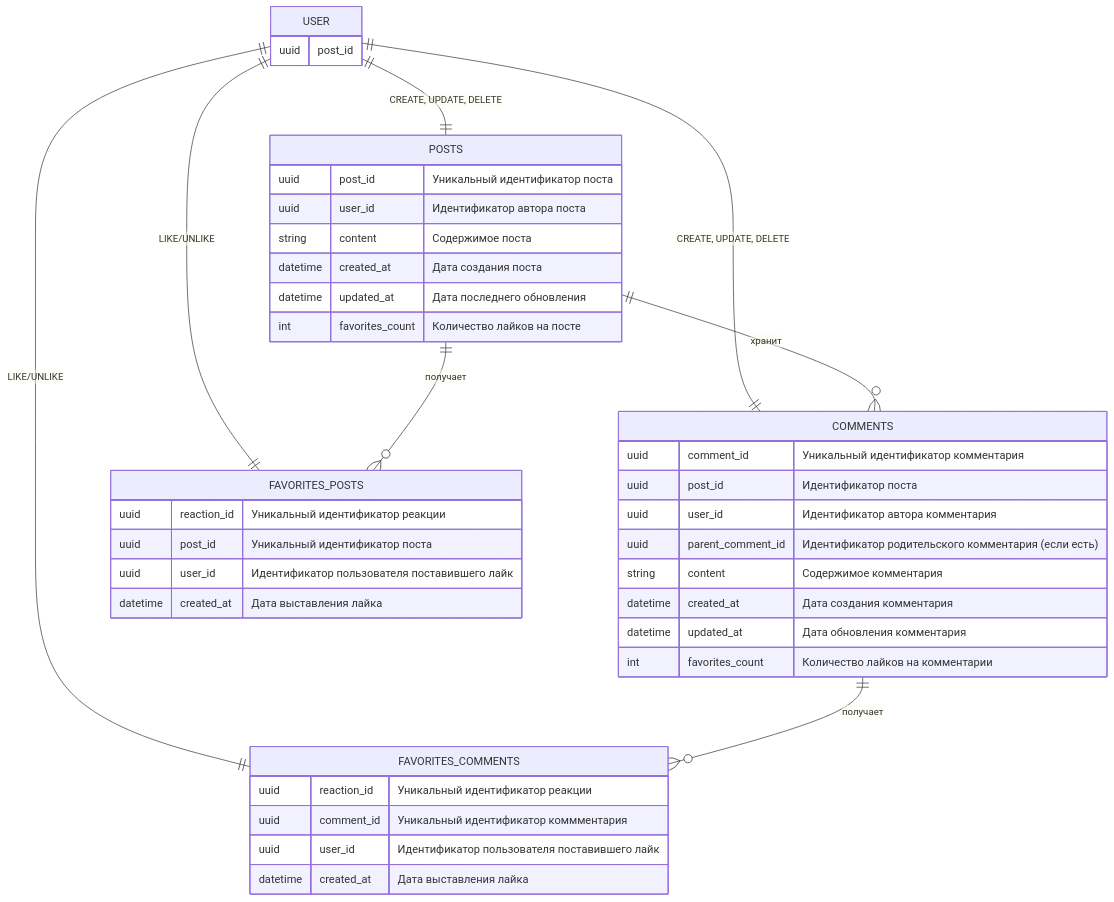
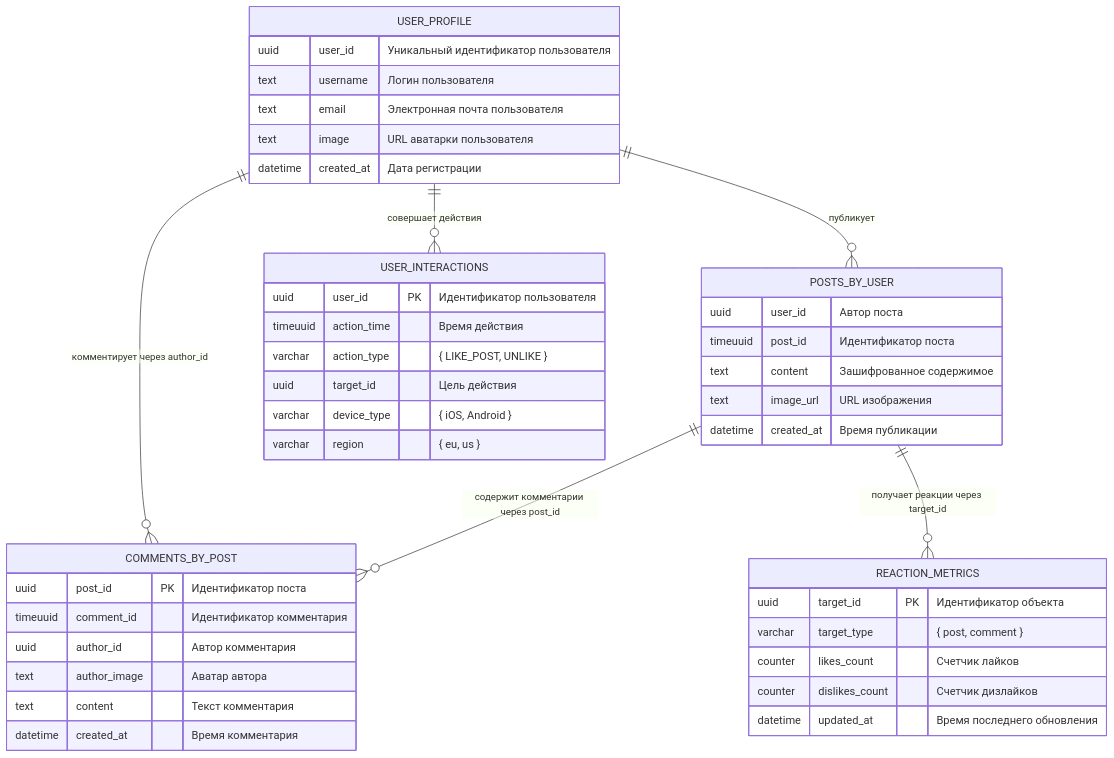
The diagram in docs/diagrams/er/post_service.mermaid (zahartd/social-network), drawn with Mermaid before and after one commit. The commit also changed 2 other files, not shown here.

Commit message:
Update ER diagrams

```diff
--- a/docs/diagrams/er/post_service.mermaid
+++ b/docs/diagrams/er/post_service.mermaid
@@ -1,42 +1,48 @@
 erDiagram
-    USER {
-        uuid post_id
-    }
-    POSTS {
-        uuid post_id "Уникальный идентификатор поста"
-        uuid user_id "Идентификатор автора поста"
-        string content "Содержимое поста"
-        datetime created_at "Дата создания поста"
-        datetime updated_at "Дата последнего обновления"
-        int favorites_count "Количество лайков на посте"
-    }
-    COMMENTS {
-        uuid comment_id "Уникальный идентификатор комментария"
-        uuid post_id "Идентификатор поста"
-        uuid user_id "Идентификатор автора комментария"
-        uuid parent_comment_id "Идентификатор родительского комментария (если есть)"
-        string content "Содержимое комментария"
-        datetime created_at "Дата создания комментария"
-        datetime updated_at "Дата обновления комментария"
-        int favorites_count "Количество лайков на комментарии"
-    }
-    FAVORITES_POSTS {
-        uuid reaction_id "Уникальный идентификатор реакции"
-        uuid post_id "Уникальный идентификатор поста"
-        uuid user_id "Идентификатор пользователя поставившего лайк"
-        datetime created_at "Дата выставления лайка"
-    }
-    FAVORITES_COMMENTS {
-        uuid reaction_id "Уникальный идентификатор реакции"
-        uuid comment_id "Уникальный идентификатор коммментария"
-        uuid user_id "Идентификатор пользователя поставившего лайк"
-        datetime created_at "Дата выставления лайка"
+    USER_PROFILE {
+        uuid user_id "Уникальный идентификатор пользователя"
+        text username "Логин пользователя"
+        text email "Электронная почта пользователя"
+        text image "URL аватарки пользователя"
+        datetime created_at "Дата регистрации"
     }
 
-    USER ||--|| POSTS : "CREATE, UPDATE, DELETE"
-    USER ||--|| COMMENTS : "CREATE, UPDATE, DELETE"
-    USER ||--|| FAVORITES_POSTS : "LIKE/UNLIKE"
-    USER ||--|| FAVORITES_COMMENTS : "LIKE/UNLIKE"
-    POSTS ||--o{ COMMENTS : "хранит"
-    POSTS ||--o{ FAVORITES_POSTS : "получает"
-    COMMENTS ||--o{ FAVORITES_COMMENTS : "получает"
+    POSTS_BY_USER {
+        uuid user_id "Автор поста"
+        timeuuid post_id "Идентификатор поста"
+        text content "Зашифрованное содержимое"
+        text image_url "URL изображения"
+        datetime created_at "Время публикации"
+    }
+
+    COMMENTS_BY_POST {
+        uuid post_id PK "Идентификатор поста"
+        timeuuid comment_id "Идентификатор комментария"
+        uuid author_id "Автор комментария"
+        text author_image "Аватар автора"
+        text content "Текст комментария"
+        datetime created_at "Время комментария"
+    }
+
+    USER_INTERACTIONS {
+        uuid user_id PK "Идентификатор пользователя"
+        timeuuid action_time "Время действия"
+        varchar action_type "{ LIKE_POST, UNLIKE }"
+        uuid target_id "Цель действия"
+        varchar device_type "{ iOS, Android }"
+        varchar region "{ eu, us }"
+    }
+
+    REACTION_METRICS {
+        uuid target_id PK "Идентификатор объекта"
+        varchar target_type "{ post, comment }"
+        counter likes_count "Счетчик лайков"
+        counter dislikes_count "Счетчик дизлайков"
+        datetime updated_at "Время последнего обновления"
+    }
+
+    USER_PROFILE ||--o{ POSTS_BY_USER : "публикует"
+    USER_PROFILE ||--o{ COMMENTS_BY_POST : "комментирует через author_id"
+    USER_PROFILE ||--o{ USER_INTERACTIONS : "совершает действия"
+    POSTS_BY_USER ||--o{ COMMENTS_BY_POST : "содержит комментарии через post_id"
+    POSTS_BY_USER ||--o{ REACTION_METRICS : "получает реакции через target_id"
```
